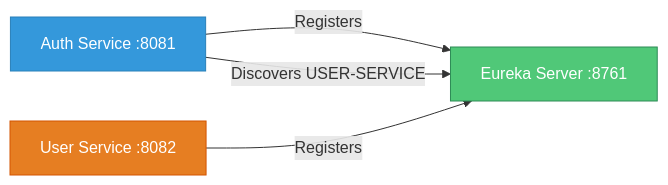
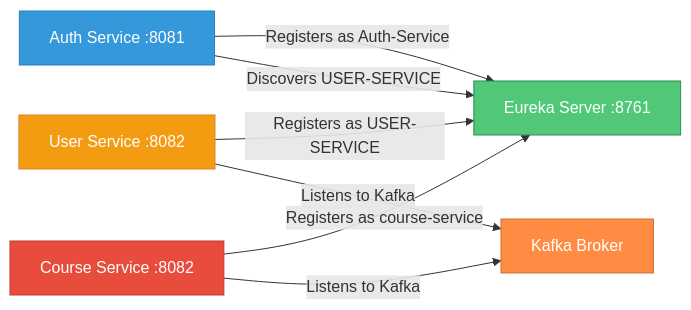
Before and after one commit to arpondark/microservice-lms-system-springboot: the seventh of 8 diagrams in Readme.md, drawn with Mermaid. The commit also changed other lines of this file and 7 other files, not shown here.

````diff
--- a/Readme.md
+++ b/Readme.md
@@ -300,14 +406,21 @@
 ```mermaid
 graph LR
     EU["Eureka Server :8761"]
     AS["Auth Service :8081"]
     US["User Service :8082"]
+    CS["Course Service :8082"]
 
-    AS -->|Registers| EU
-    US -->|Registers| EU
+    AS -->|Registers as Auth-Service| EU
+    US -->|Registers as USER-SERVICE| EU
+    CS -->|Registers as course-service| EU
+    
     AS -->|Discovers USER-SERVICE| EU
+    CS -->|Listens to Kafka| KB["Kafka Broker"]
+    US -->|Listens to Kafka| KB
 
     style EU fill:#50C878,stroke:#2E8B57,color:#fff
     style AS fill:#3498DB,stroke:#2980B9,color:#fff
-    style US fill:#E67E22,stroke:#D35400,color:#fff
+    style US fill:#F39C12,stroke:#E67E22,color:#fff
+    style CS fill:#E74C3C,stroke:#C0392B,color:#fff
+    style KB fill:#FF8C42,stroke:#CC6F35,color:#fff
 ```
````
